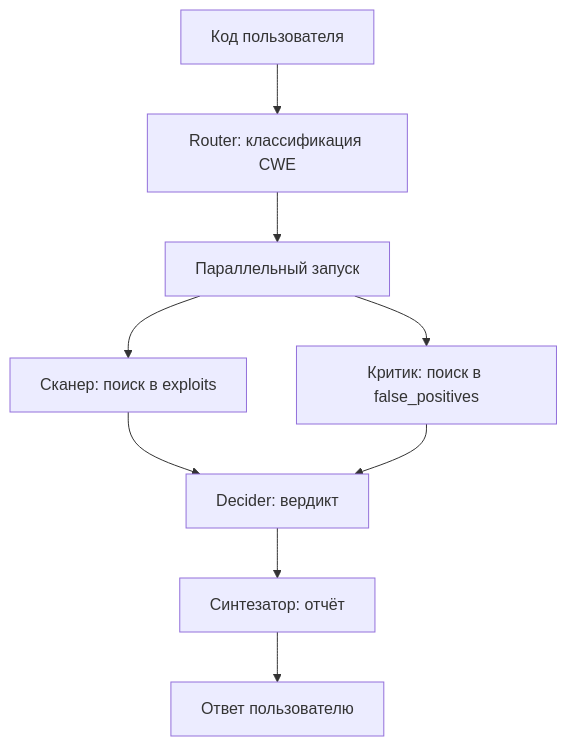
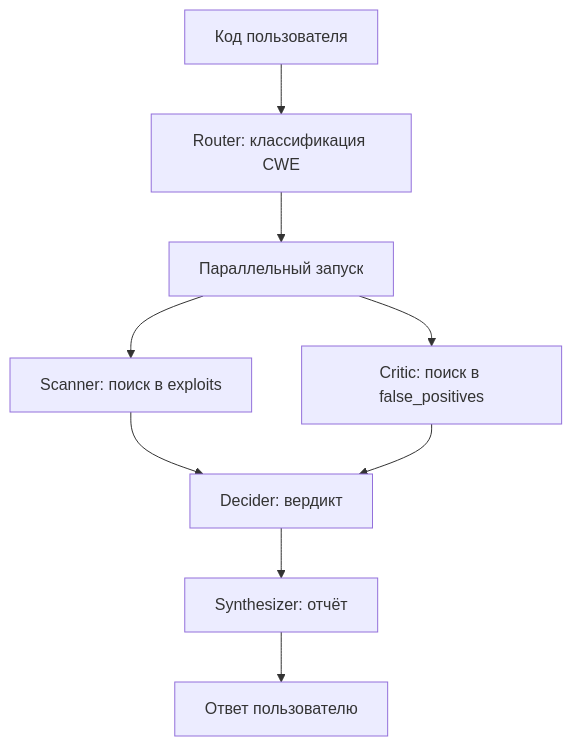
Before and after one commit to Maielafon123/Multi-Agent-RAG-CSec: the diagram in README.md, drawn with Mermaid. The commit also changed other lines of this file, not shown here.

````diff
--- a/README.md
+++ b/README.md
@@ -5,11 +11,11 @@
 ```mermaid
 flowchart TD
     A[Код пользователя] --> B[Router: классификация CWE]
     B --> C[Параллельный запуск]
-    C --> D[Сканер: поиск в exploits]
-    C --> E[Критик: поиск в false_positives]
+    C --> D[Scanner: поиск в exploits]
+    C --> E[Critic: поиск в false_positives]
     D --> F[Decider: вердикт]
     E --> F
-    F --> G[Синтезатор: отчёт]
+    F --> G[Synthesizer: отчёт]
     G --> H[Ответ пользователю]
 ```
````
